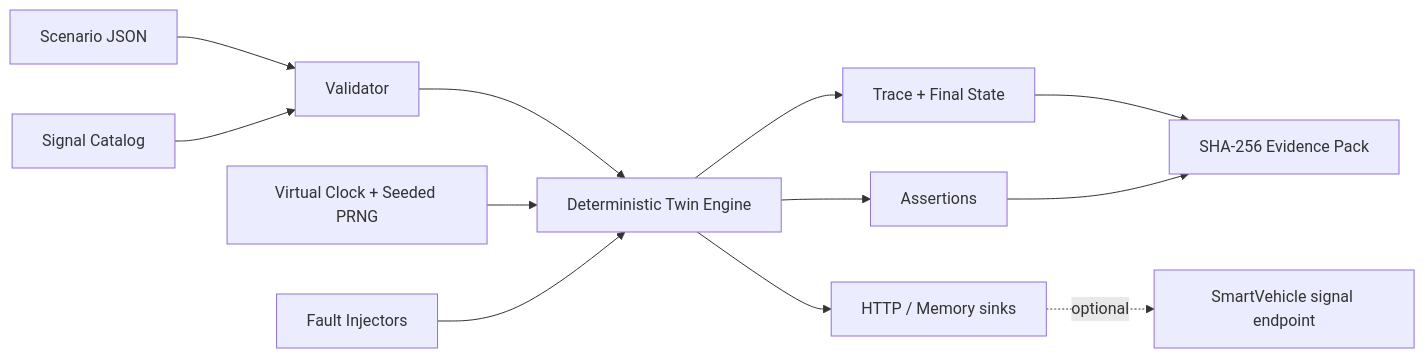
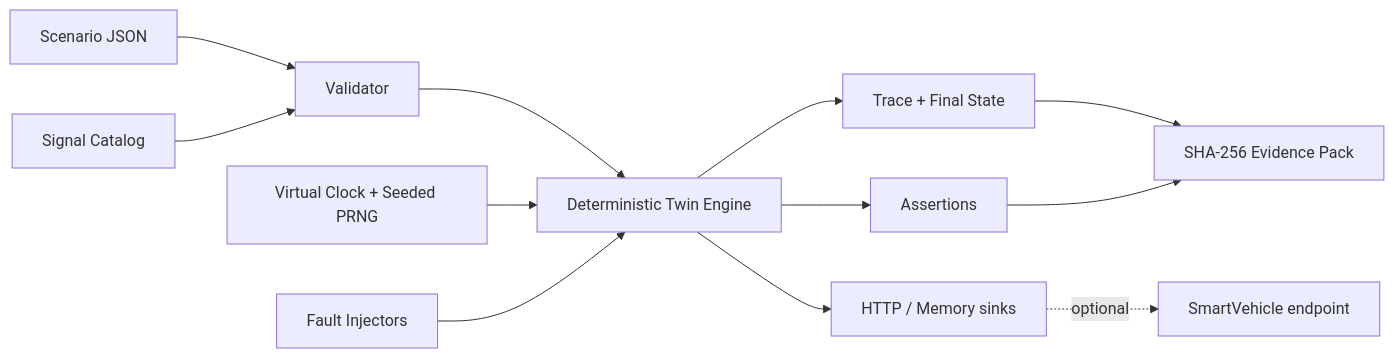
The diagram in README.md (nrbexpleon/VehicleTwin-Lab), drawn with Mermaid before and after one commit. The commit also changed other lines of this file, not shown here.

````diff
--- a/README.md
+++ b/README.md
@@ -55,14 +50,14 @@
 ```mermaid
 flowchart LR
   S[Scenario JSON] --> V[Validator]
   C[Signal Catalog] --> V
   V --> E[Deterministic Twin Engine]
   K[Virtual Clock + Seeded PRNG] --> E
   F[Fault Injectors] --> E
   E --> T[Trace + Final State]
   E --> A[Assertions]
   E --> H[HTTP / Memory sinks]
   T --> P[SHA-256 Evidence Pack]
   A --> P
-  H -. optional .-> SV[SmartVehicle signal endpoint]
+  H -. optional .-> SV[SmartVehicle endpoint]
 ```
````
